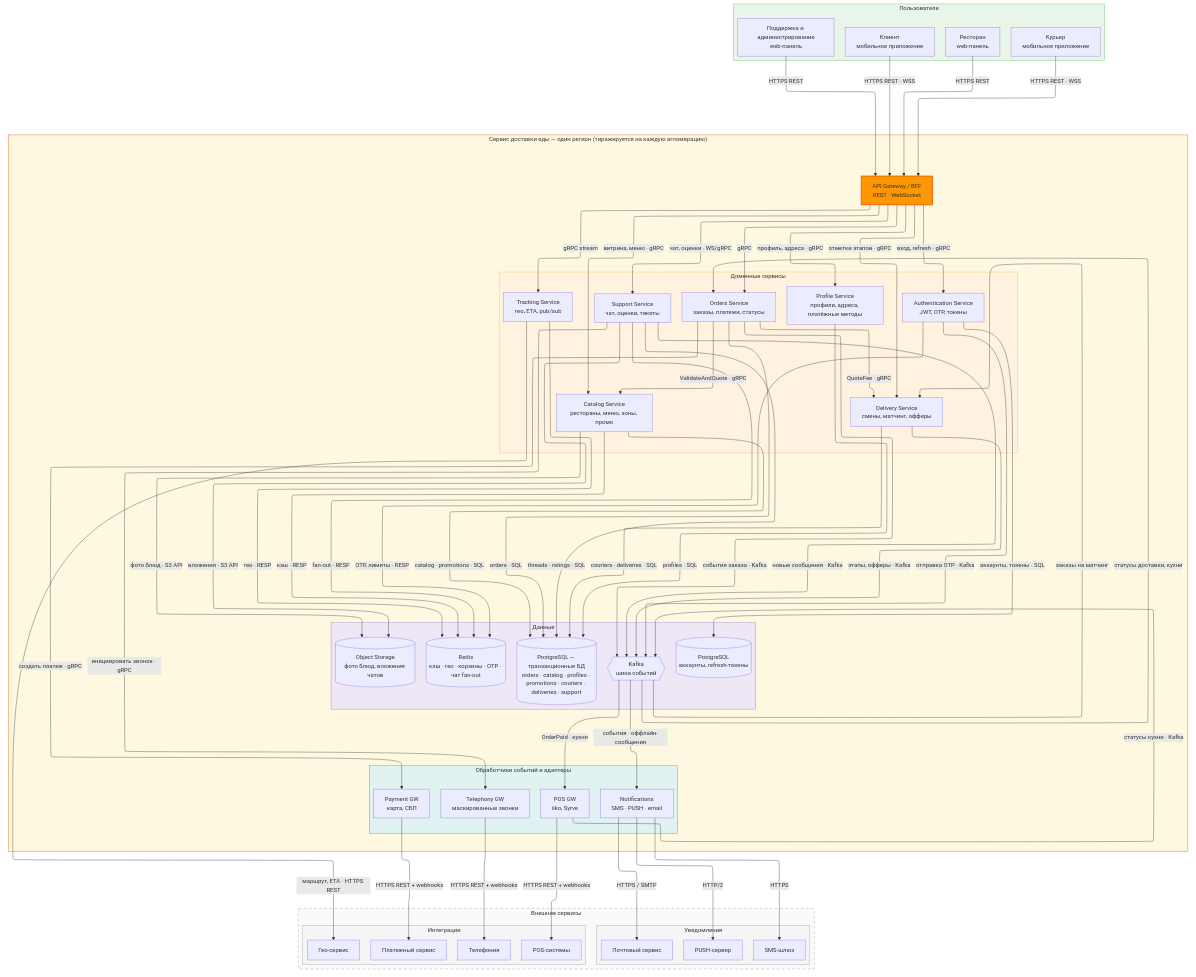
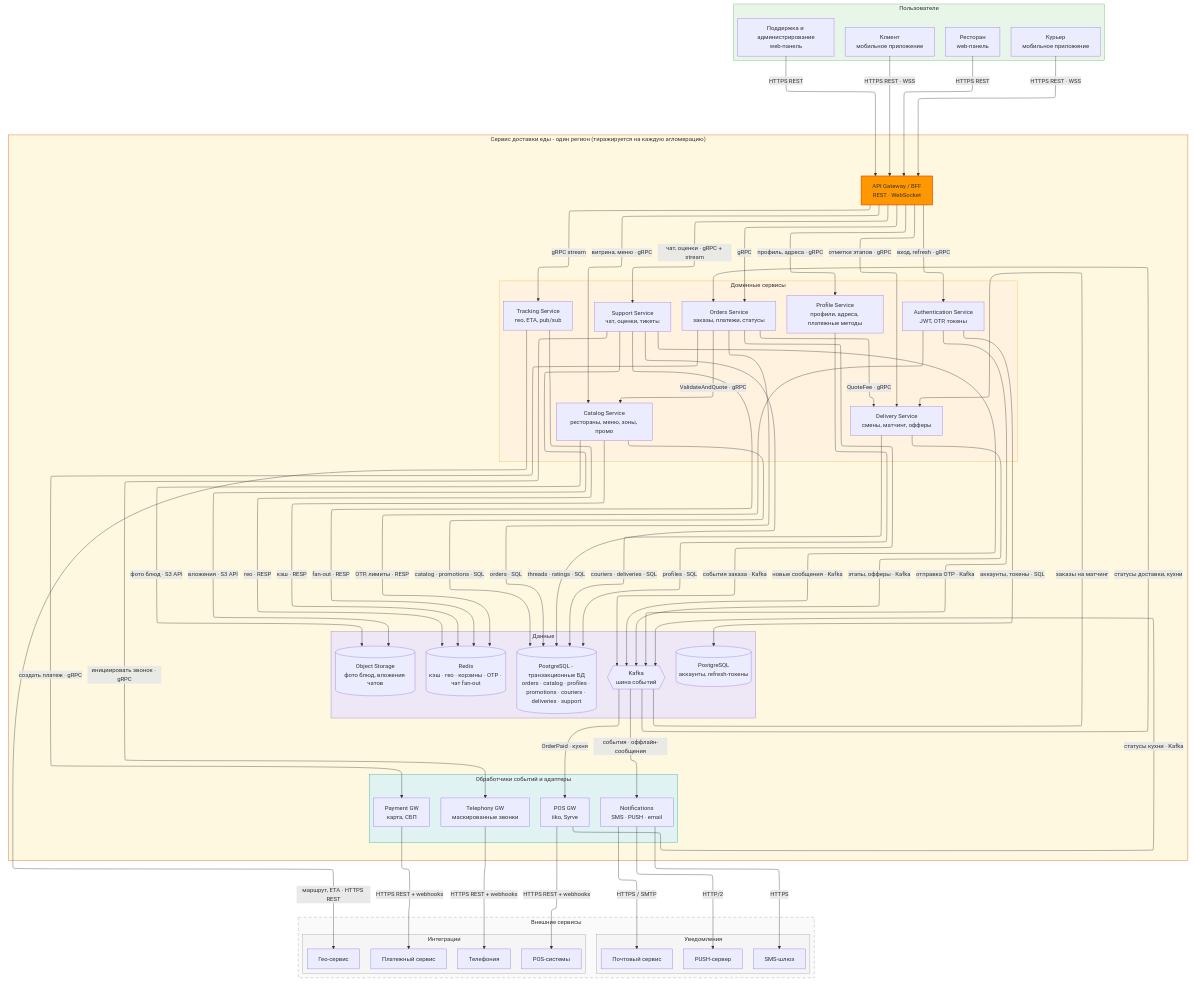
One commit to Gomozov/otus-systemdesign-homework changed the diagram in hw_02/solution/diagrams/mermaid.md. Above: the diagram before and after it, drawn with Mermaid. The commit also changed 4 other files, not shown here.

```diff
--- a/hw_02/solution/diagrams/mermaid.md
+++ b/hw_02/solution/diagrams/mermaid.md
@@ -11,13 +11,13 @@
     subgraph STACK[" "]
     direction TB
 
-    subgraph CORE["Сервис доставки еды — один регион (тиражируется на каждую агломерацию)"]
+    subgraph CORE["Сервис доставки еды - один регион (тиражируется на каждую агломерацию)"]
 
         BFF["API Gateway / BFF<br/>REST · WebSocket"]
 
         subgraph DOMAIN["Доменные сервисы"]
             AUTH["Authentication Service<br/>JWT, OTP, токены"]
-            PROFILE["Profile Service<br/>профили, адреса, платёжные методы"]
+            PROFILE["Profile Service<br/>профили, адреса, платежные методы"]
             CATALOG["Catalog Service<br/>рестораны, меню, зоны, промо"]
             ORDERS["Orders Service<br/>заказы, платежи, статусы"]
             DELIVERY["Delivery Service<br/>смены, матчинг, офферы"]
@@ -26,7 +26,7 @@
         end
 
         subgraph DATA["Данные"]
-            PG[("PostgreSQL — транзакционные БД<br/>orders · catalog · profiles · promotions · couriers · deliveries · support")]
+            PG[("PostgreSQL - транзакционные БД<br/>orders · catalog · profiles · promotions · couriers · deliveries · support")]
             AUTHDB[("PostgreSQL<br/>аккаунты, refresh-токены")]
             REDIS[("Redis<br/>кэш · гео · корзины · OTP · чат fan-out")]
             S3[("Object Storage<br/>фото блюд, вложения чатов")]
@@ -68,7 +68,7 @@
     BFF -->|"профиль, адреса · gRPC"| PROFILE
     BFF -->|"витрина, меню · gRPC"| CATALOG
     BFF -->|"gRPC"| ORDERS
-    BFF -->|"чат, оценки · WS/gRPC"| SUPPORT
+    BFF -->|"чат, оценки · gRPC + stream"| SUPPORT
     BFF -->|"отметки этапов · gRPC"| DELIVERY
     BFF -->|"gRPC stream"| TRACKING
 
```
